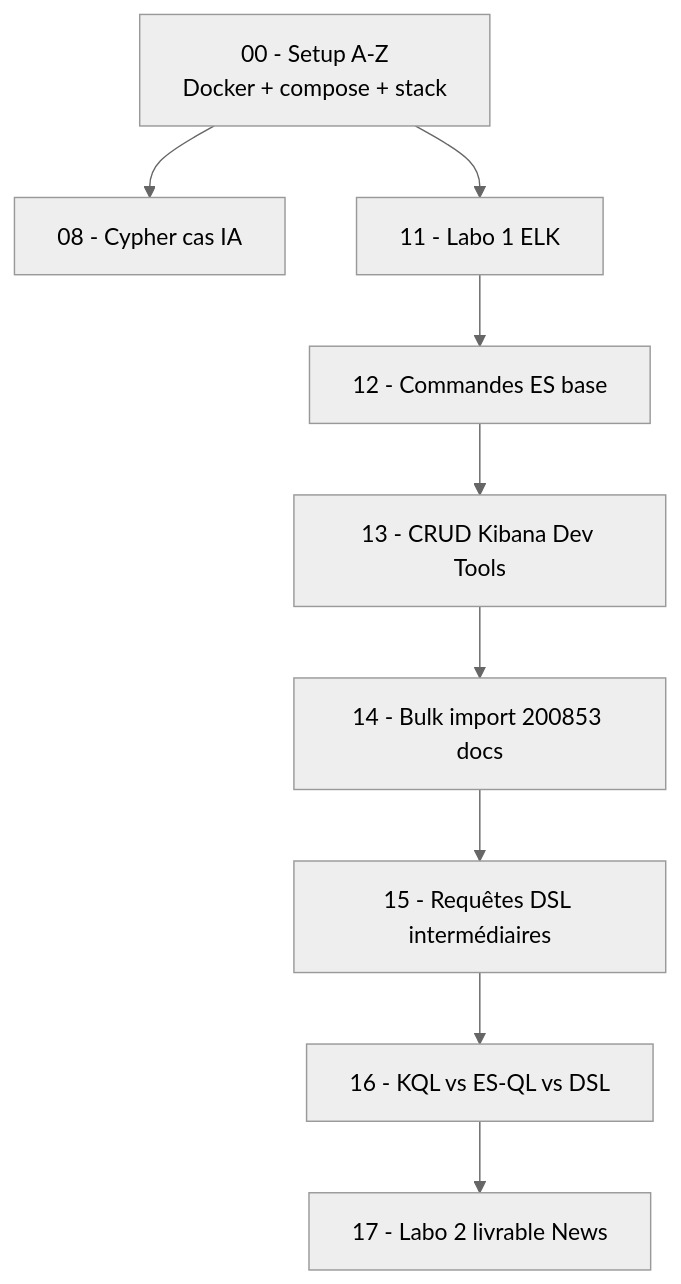
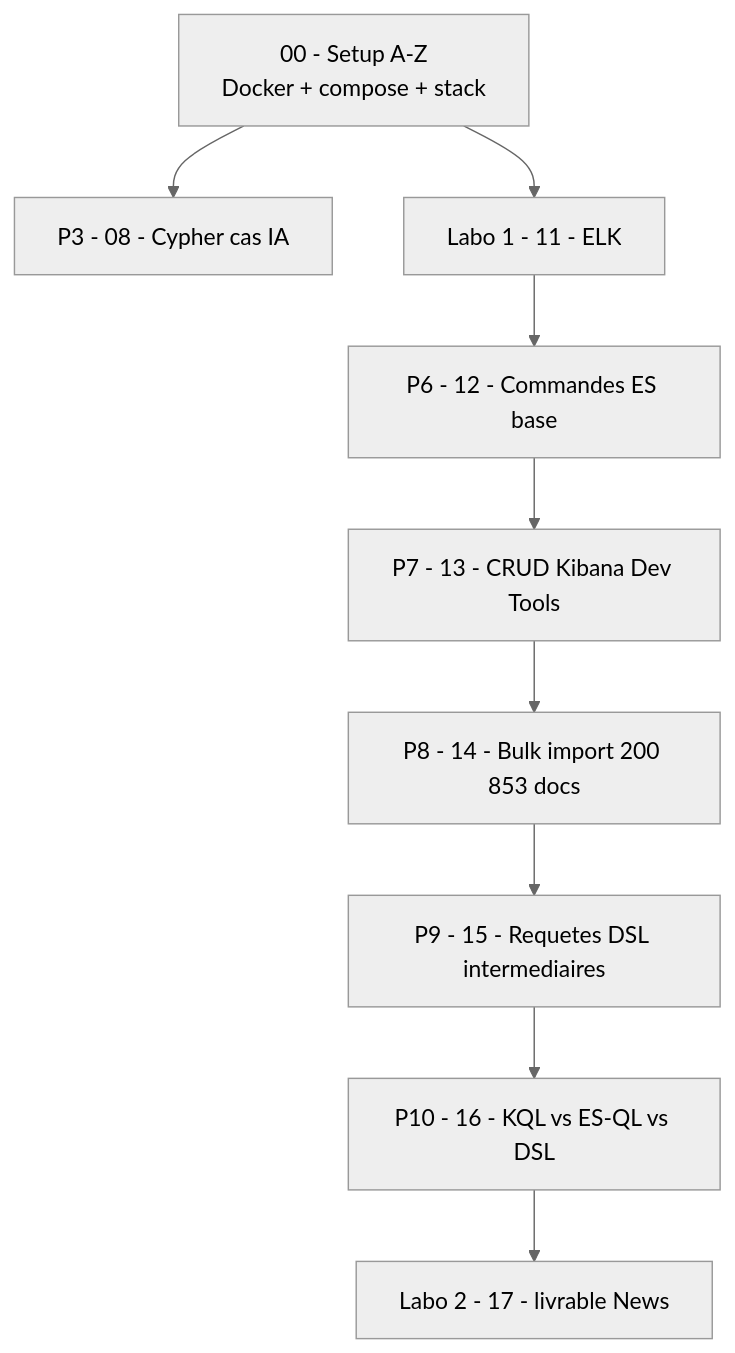
One commit to haythem-rehouma/Elastic-Search-0 changed the diagram in docs2-cours1/assets-cours2/solutions/README.md. Above: the diagram before and after it, drawn with Mermaid (neutral theme). The commit also changed other lines of this file and 49 other files, not shown here.

````diff
--- a/docs2-cours1/assets-cours2/solutions/README.md
+++ b/docs2-cours1/assets-cours2/solutions/README.md
@@ -21,11 +21,11 @@
 ```mermaid
 flowchart TB
-    S00[00 - Setup A-Z<br/>Docker + compose + stack] --> S08[08 - Cypher cas IA]
-    S00 --> S11[11 - Labo 1 ELK]
-    S11 --> S12[12 - Commandes ES base]
-    S12 --> S13[13 - CRUD Kibana Dev Tools]
-    S13 --> S14[14 - Bulk import 200853 docs]
-    S14 --> S15[15 - Requêtes DSL intermédiaires]
-    S15 --> S16[16 - KQL vs ES-QL vs DSL]
-    S16 --> S17[17 - Labo 2 livrable News]
+    S00["00 - Setup A-Z<br/>Docker + compose + stack"] --> S08["P3 - 08 - Cypher cas IA"]
+    S00 --> S11["Labo 1 - 11 - ELK"]
+    S11 --> S12["P6 - 12 - Commandes ES base"]
+    S12 --> S13["P7 - 13 - CRUD Kibana Dev Tools"]
+    S13 --> S14["P8 - 14 - Bulk import 200 853 docs"]
+    S14 --> S15["P9 - 15 - Requetes DSL intermediaires"]
+    S15 --> S16["P10 - 16 - KQL vs ES-QL vs DSL"]
+    S16 --> S17["Labo 2 - 17 - livrable News"]
 ```
````
